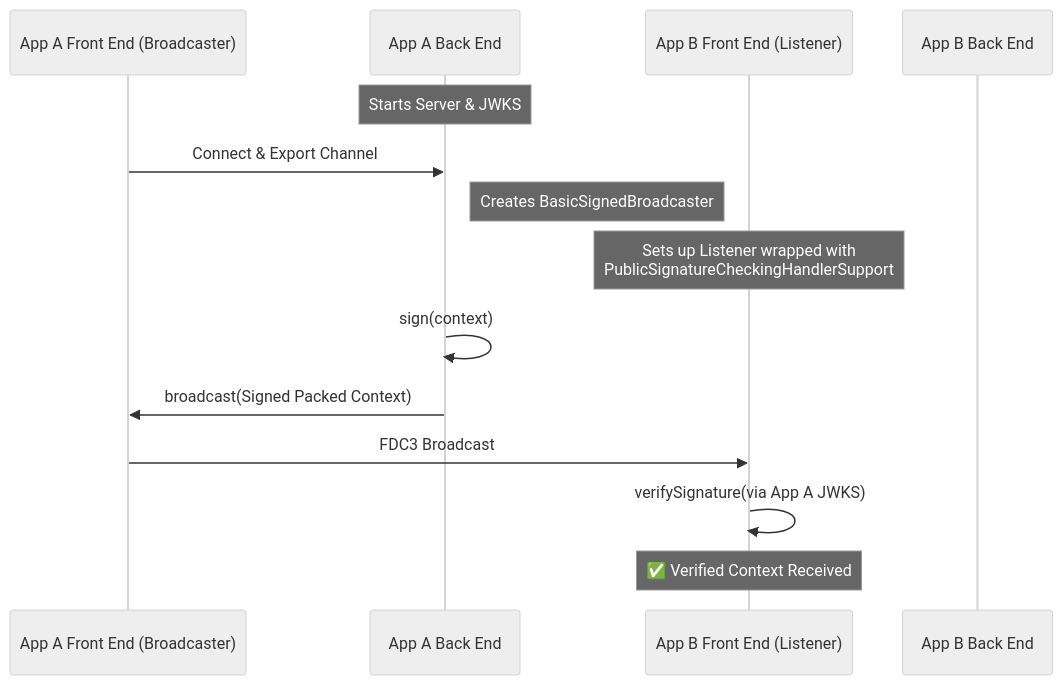
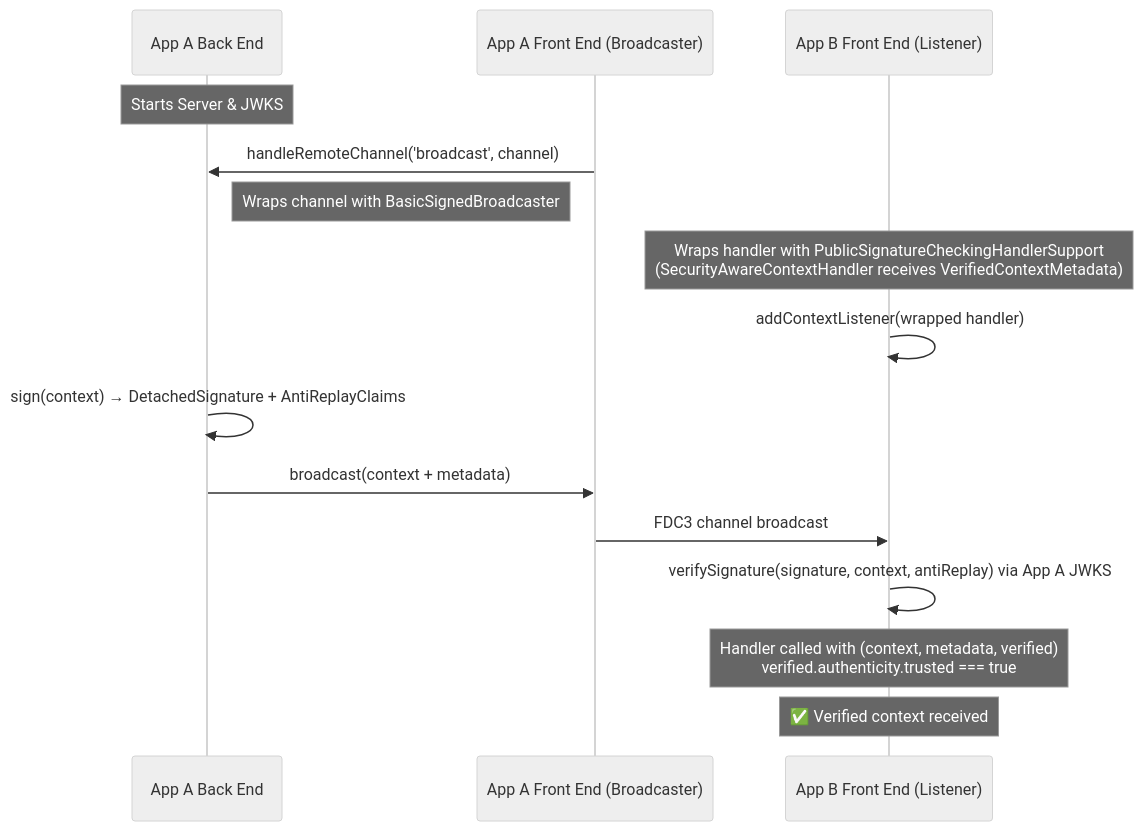
One commit to finos/FDC3 changed the third of 5 diagrams in packages/fdc3-security/samples/README.md. Above: the diagram before and after it, drawn with Mermaid (neutral theme). The commit also changed other lines of this file and 1 other file, not shown here.

Commit message:
fdc3-security README file fixes

````diff
--- a/packages/fdc3-security/samples/README.md
+++ b/packages/fdc3-security/samples/README.md
@@ -85,20 +110,21 @@
 ```mermaid
 sequenceDiagram
+    participant ABE as App A Back End
     participant AFE as App A Front End (Broadcaster)
-    participant ABE as App A Back End
     participant BFE as App B Front End (Listener)
-    participant BBE as App B Back End
 
     Note over ABE: Starts Server & JWKS
-    AFE->>ABE: Connect & Export Channel
-    Note right of ABE: Creates BasicSignedBroadcaster
-    
-    Note over BFE: Sets up Listener wrapped with<br/>PublicSignatureCheckingHandlerSupport
-    
-    ABE->>ABE: sign(context)
-    ABE->>AFE: broadcast(Signed Packed Context)
-    AFE->>BFE: FDC3 Broadcast
-    
-    BFE->>BFE: verifySignature(via App A JWKS)
-    Note over BFE: ✅ Verified Context Received
+    AFE->>ABE: handleRemoteChannel('broadcast', channel)
+    Note right of ABE: Wraps channel with BasicSignedBroadcaster
+
+    Note over BFE: Wraps handler with PublicSignatureCheckingHandlerSupport<br/>(SecurityAwareContextHandler receives VerifiedContextMetadata)
+    BFE->>BFE: addContextListener(wrapped handler)
+
+    ABE->>ABE: sign(context) → DetachedSignature + AntiReplayClaims
+    ABE->>AFE: broadcast(context + metadata)
+    AFE->>BFE: FDC3 channel broadcast
+
+    BFE->>BFE: verifySignature(signature, context, antiReplay) via App A JWKS
+    Note over BFE: Handler called with (context, metadata, verified)<br/>verified.authenticity.trusted === true
+    Note over BFE: ✅ Verified context received
 ```
````
